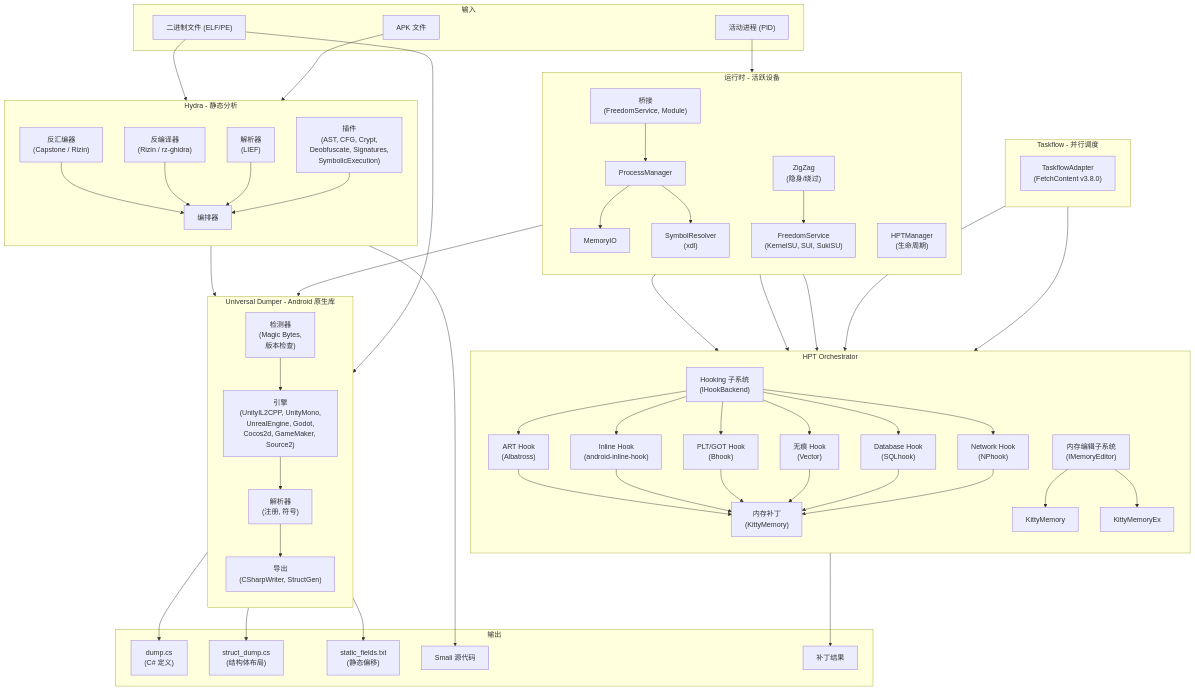
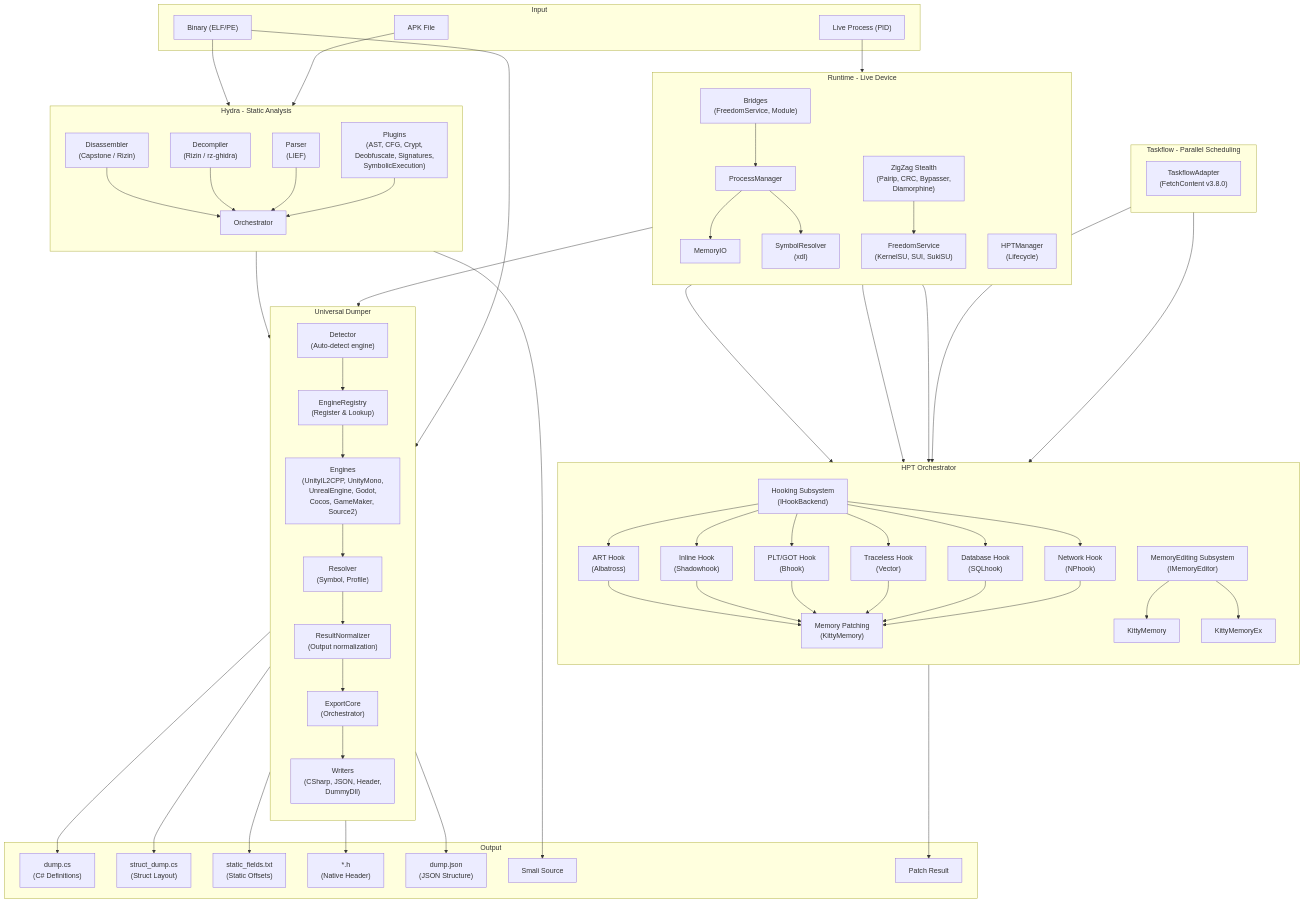
Before and after one commit to CicakDroid/OmniByte: the first of 2 diagrams in README_ZH.md, drawn with Mermaid. The commit also changed other lines of this file and 4 other files, not shown here.

````diff
--- a/README_ZH.md
+++ b/README_ZH.md
@@ -161,46 +214,47 @@
 ```mermaid
 flowchart TB
-    subgraph INPUT["输入"]
-        APK["APK 文件"]
-        BIN["二进制文件 (ELF/PE)"]
-        PID["活动进程 (PID)"]
+    subgraph INPUT["Input"]
+        APK["APK File"]
+        BIN["Binary (ELF/PE)"]
+        PID["Live Process (PID)"]
     end
 
-    subgraph HYDRA["Hydra - 静态分析"]
+    subgraph HYDRA["Hydra - Static Analysis"]
         direction TB
-        H_DIS["反汇编器\n(Capstone / Rizin)"]
-        H_DEC["反编译器\n(Rizin / rz-ghidra)"]
-        H_PAR["解析器\n(LIEF)"]
-        H_PLG["插件\n(AST, CFG, Crypt,\nDeobfuscate, Signatures,\nSymbolicExecution)"]
-        H_ORC["编排器"]
+        H_DIS["Disassembler\n(Capstone / Rizin)"]
+        H_DEC["Decompiler\n(Rizin / rz-ghidra)"]
+        H_PAR["Parser\n(LIEF)"]
+        H_PLG["Plugins\n(AST, CFG, Crypt,\nDeobfuscate, Signatures,\nSymbolicExecution)"]
+        H_ORC["Orchestrator"]
         H_DIS --> H_ORC
         H_DEC --> H_ORC
         H_PAR --> H_ORC
         H_PLG --> H_ORC
     end
 
-    subgraph DUMPER["Universal Dumper - Android 原生库"]
+    subgraph DUMPER["Universal Dumper"]
         direction TB
-        D_DET["检测器\n(Magic Bytes,\n版本检查)"]
-        D_ENG["引擎\n(UnityIL2CPP, UnityMono,\nUnrealEngine, Godot,\nCocos2d, GameMaker, Source2)"]
-        D_RES["解析器\n(注册, 符号)"]
-        D_EXP["导出\n(CSharpWriter, StructGen)"]
-        D_DET --> D_ENG
-        D_ENG --> D_RES
-        D_RES --> D_EXP
+        D_DET["Detector\n(Auto-detect engine)"]
+        D_REG["EngineRegistry\n(Register & Lookup)"]
+        D_ENG["Engines\n(UnityIL2CPP, UnityMono,\nUnrealEngine, Godot,\nCocos, GameMaker, Source2)"]
+        D_RES["Resolver\n(Symbol, Profile)"]
+        D_NORM["ResultNormalizer\n(Output normalization)"]
+        D_EXP["ExportCore\n(Orchestrator)"]
+        D_WR["Writers\n(CSharp, JSON, Header,\nDummyDll)"]
+        D_DET --> D_REG --> D_ENG --> D_RES --> D_NORM --> D_EXP --> D_WR
     end
 
     subgraph HPT["HPT Orchestrator"]
         direction TB
-        HK_MOD["Hooking 子系统\n(IHookBackend)"]
-        ME_MOD["内存编辑子系统\n(IMemoryEditor)"]
+        HK_MOD["Hooking Subsystem\n(IHookBackend)"]
+        ME_MOD["MemoryEditing Subsystem\n(IMemoryEditor)"]
         HK_MOD --> HK_ART["ART Hook\n(Albatross)"]
-        HK_MOD --> HK_INL["Inline Hook\n(android-inline-hook)"]
+        HK_MOD --> HK_INL["Inline Hook\n(Shadowhook)"]
         HK_MOD --> HK_PLT["PLT/GOT Hook\n(Bhook)"]
-        HK_MOD --> HK_TLS["无痕 Hook\n(Vector)"]
+        HK_MOD --> HK_TLS["Traceless Hook\n(Vector)"]
         HK_MOD --> HK_DB["Database Hook\n(SQLhook)"]
         HK_MOD --> HK_NP["Network Hook\n(NPhook)"]
-        HK_ART --> HK_MEM["内存补丁\n(KittyMemory)"]
+        HK_ART --> HK_MEM["Memory Patching\n(KittyMemory)"]
         HK_INL --> HK_MEM
         HK_PLT --> HK_MEM
         HK_TLS --> HK_MEM
@@ -210,14 +264,14 @@
         ME_MOD --> ME_KITX["KittyMemoryEx"]
     end
 
-    subgraph RUNTIME["运行时 - 活跃设备"]
+    subgraph RUNTIME["Runtime - Live Device"]
         direction TB
-        R_BRG["桥接\n(FreedomService, Module)"]
+        R_BRG["Bridges\n(FreedomService, Module)"]
         R_PM["ProcessManager"]
         R_MIO["MemoryIO"]
         R_SYM["SymbolResolver\n(xdl)"]
-        R_ZZ["ZigZag\n(隐身/绕过)"]
-        R_HPT["HPTManager\n(生命周期)"]
+        R_ZZ["ZigZag Stealth\n(Pairip, CRC, Bypasser,\nDiamorphine)"]
+        R_HPT["HPTManager\n(Lifecycle)"]
         R_FS["FreedomService\n(KernelSU, SUI, SukiSU)"]
         R_BRG --> R_PM
         R_PM --> R_MIO
@@ -227,28 +281,31 @@
         R_HPT --> ME_MOD
     end
 
-    subgraph TASKFLOW["Taskflow - 并行调度"]
+    subgraph TASKFLOW["Taskflow - Parallel Scheduling"]
         direction TB
         TF["TaskflowAdapter\n(FetchContent v3.8.0)"]
     end
 
-    subgraph OUTPUT["输出"]
-        O_CS["dump.cs\n(C# 定义)"]
-        O_ST["struct_dump.cs\n(结构体布局)"]
-        O_SF["static_fields.txt\n(静态偏移)"]
-        O_SM["Smali 源代码"]
-        O_PT["补丁结果"]
+    subgraph OUTPUT["Output"]
+        O_CS["dump.cs\n(C# Definitions)"]
+        O_ST["struct_dump.cs\n(Struct Layout)"]
+        O_SF["static_fields.txt\n(Static Offsets)"]
+        O_H["*.h\n(Native Header)"]
+        O_JSON["dump.json\n(JSON Structure)"]
+        O_SM["Smali Source"]
+        O_PT["Patch Result"]
     end
 
     APK --> H_PAR
     BIN --> H_DIS
     BIN --> D_DET
     PID --> R_PM
-
     H_ORC --> D_DET
-    D_EXP --> O_CS
-    D_EXP --> O_ST
-    D_EXP --> O_SF
+    D_WR --> O_CS
+    D_WR --> O_ST
+    D_WR --> O_SF
+    D_WR --> O_H
+    D_WR --> O_JSON
     H_DEC --> O_SM
     HK_MEM --> O_PT
     R_MIO --> HK_MEM
````
